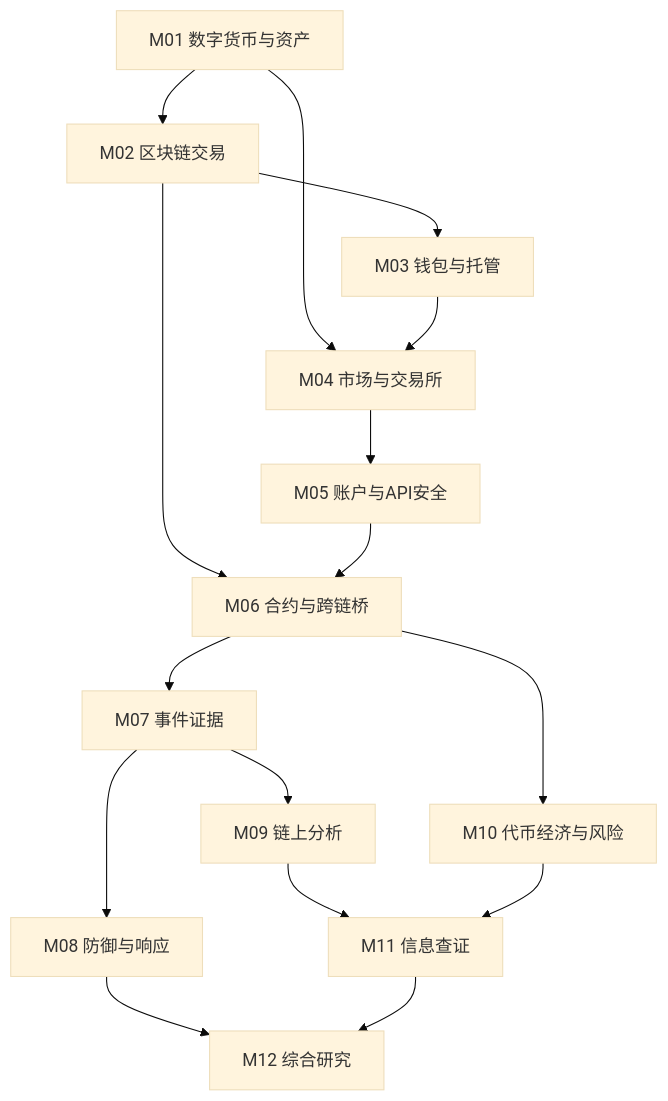
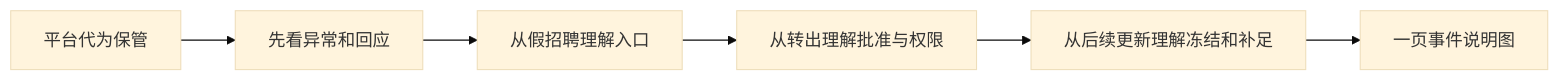
Before and after one commit to liuxiaoyusky/reading_notes: the diagram in learn-ai-agent/00_domain_map.md, drawn with Mermaid (base theme). The commit also changed other lines of this file and 114 other files, not shown here.

````diff
--- a/learn-ai-agent/00_domain_map.md
+++ b/learn-ai-agent/00_domain_map.md
@@ -7,18 +11,8 @@
 ```mermaid
-flowchart TD
-    A[M01 数字货币与资产] --> B[M02 区块链交易]
-    B --> C[M03 钱包与托管]
-    A --> D[M04 市场与交易所]
-    C --> D
-    D --> E[M05 账户与API安全]
-    B --> F[M06 合约与跨链桥]
-    E --> F
-    F --> G[M07 事件证据]
-    G --> H[M08 防御与响应]
-    G --> I[M09 链上分析]
-    F --> J[M10 代币经济与风险]
-    I --> K[M11 信息查证]
-    J --> K
-    H --> L[M12 综合研究]
-    K --> L
+flowchart LR
+    A[平台代为保管] --> B[先看异常和回应]
+    B --> C[从假招聘理解入口]
+    C --> D[从转出理解批准与权限]
+    D --> E[从后续更新理解冻结和补足]
+    E --> F[一页事件说明图]
 ```
````
